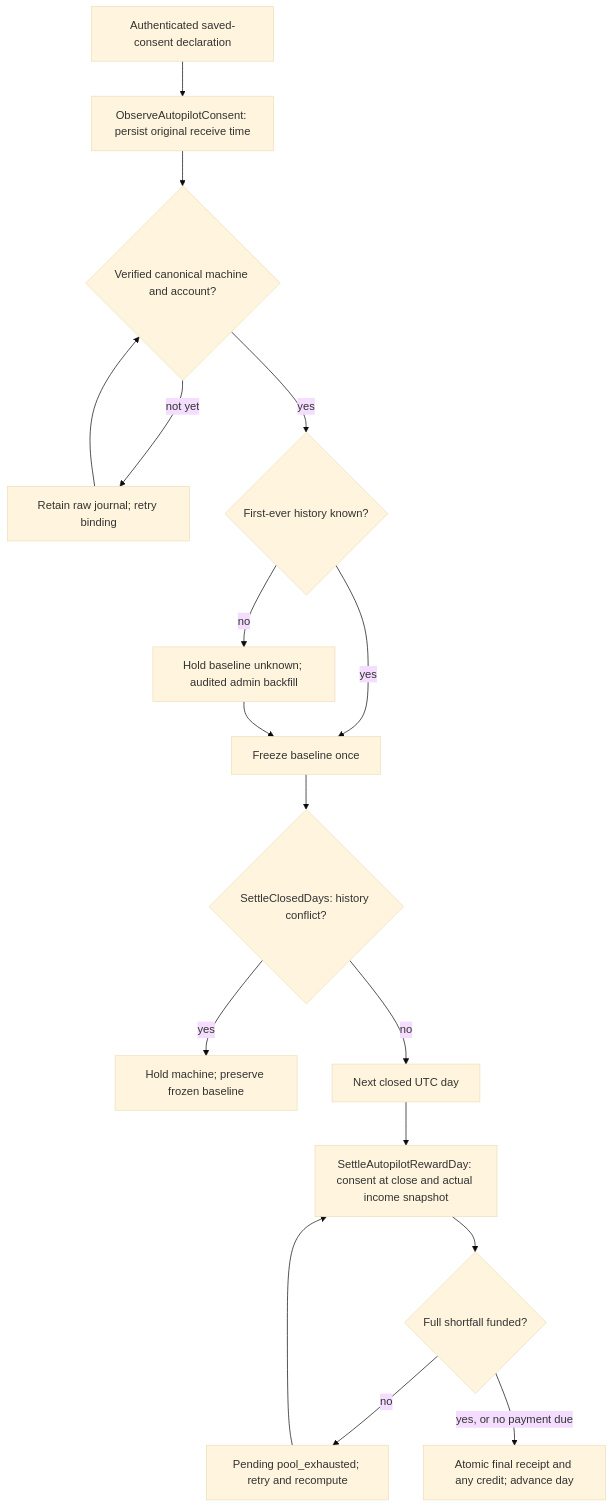
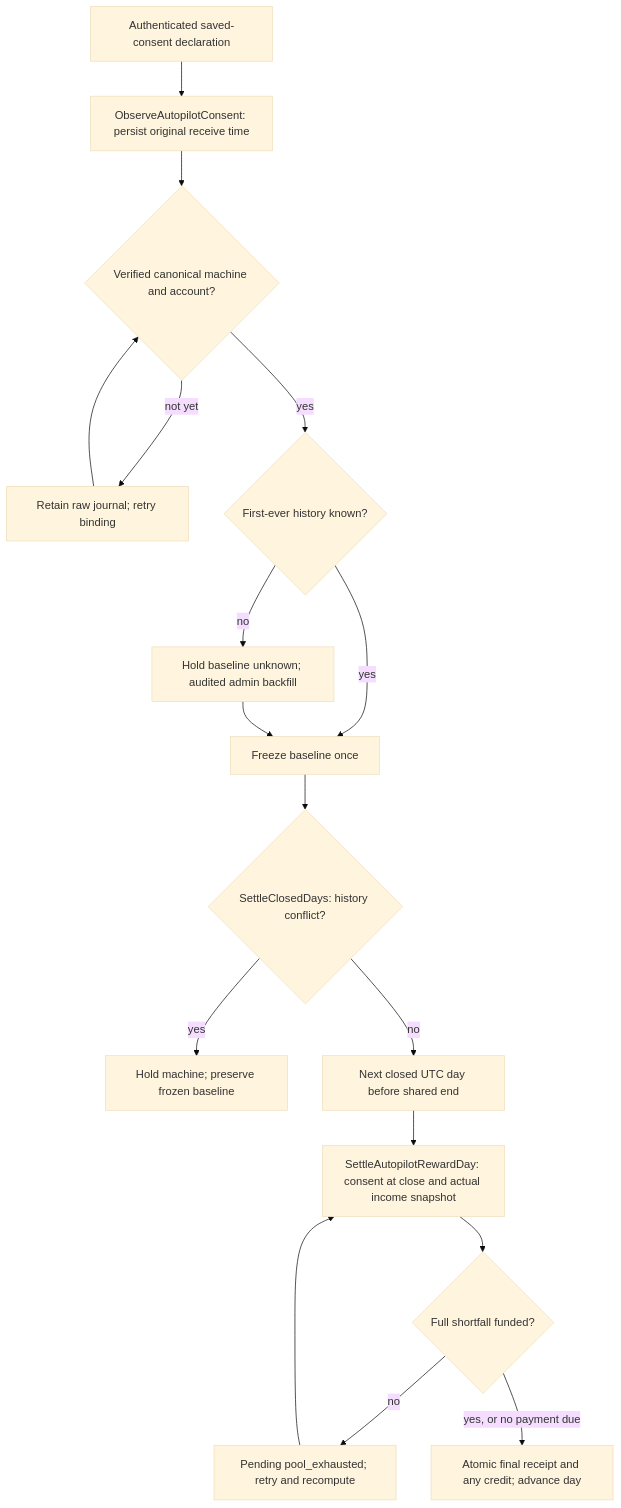
The second of 2 diagrams in docs/architecture/billing.md (Layr-Labs/d-inference), drawn with Mermaid (base theme) before and after one commit. The commit also changed other lines of this file and 12 other files, not shown here.

````diff
--- a/docs/architecture/billing.md
+++ b/docs/architecture/billing.md
@@ -425,19 +430,19 @@
 ```mermaid
 flowchart TD
   A["Authenticated saved-consent declaration"] --> B["ObserveAutopilotConsent: persist original receive time"]
   B --> C{"Verified canonical machine and account?"}
   C -->|"not yet"| D["Retain raw journal; retry binding"]
   D --> C
   C -->|"yes"| E{"First-ever history known?"}
   E -->|"no"| F["Hold baseline unknown; audited admin backfill"]
   E -->|"yes"| G["Freeze baseline once"]
   F --> G
   G --> M{"SettleClosedDays: history conflict?"}
   M -->|"yes"| N["Hold machine; preserve frozen baseline"]
-  M -->|"no"| H["Next closed UTC day"]
+  M -->|"no"| H["Next closed UTC day before shared end"]
   H --> I["SettleAutopilotRewardDay: consent at close and actual income snapshot"]
   I --> J{"Full shortfall funded?"}
   J -->|"no"| K["Pending pool_exhausted; retry and recompute"]
   K --> I
   J -->|"yes, or no payment due"| L["Atomic final receipt and any credit; advance day"]
 ```
````
